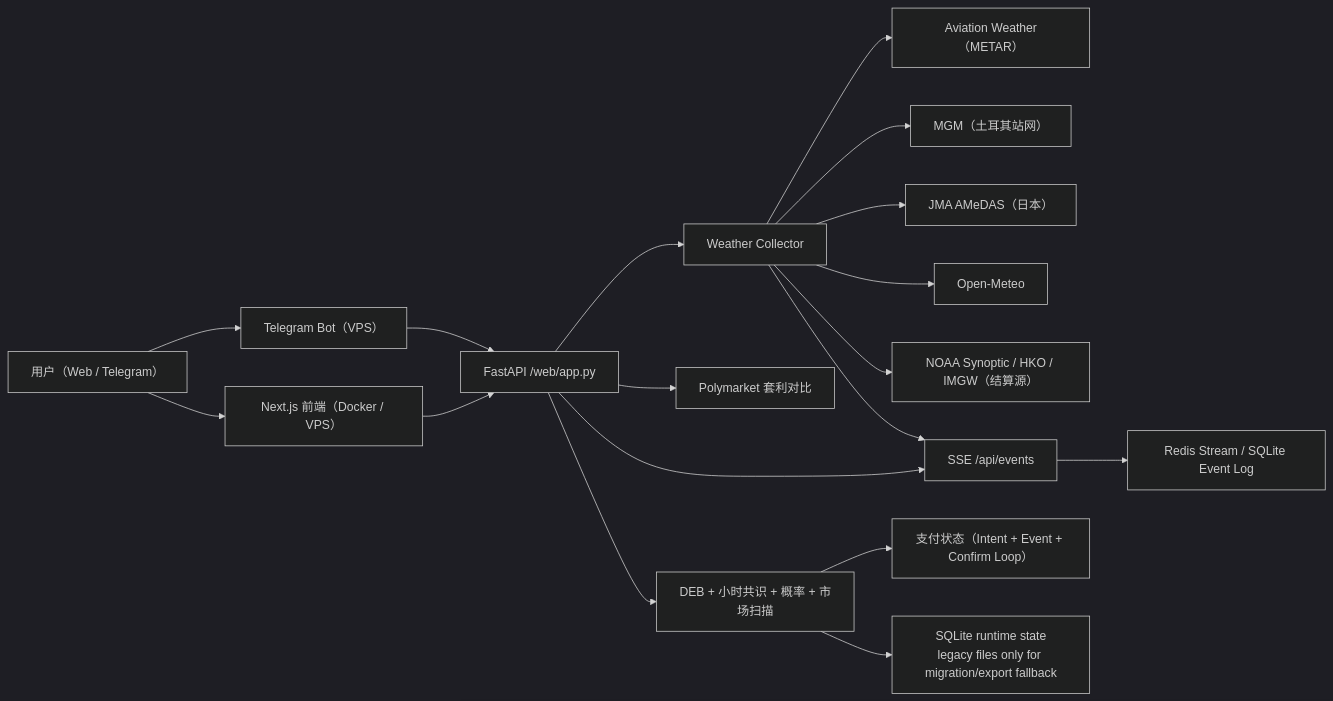
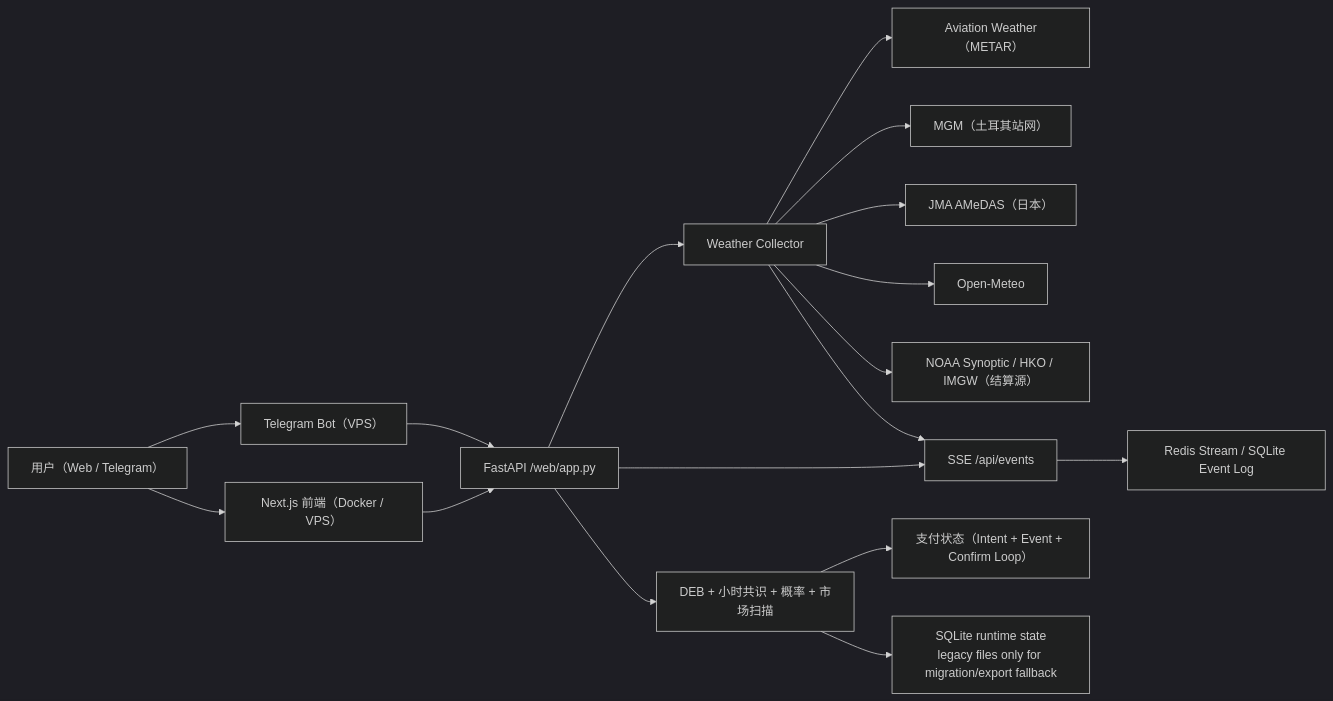
One commit to Night-Etrenal/AT-PolyWeather changed the diagram in README_ZH.md. Above: the diagram before and after it, drawn with Mermaid (dark theme). The commit also changed other lines of this file and 19 other files, not shown here.

Commit message:
移除 Polymarket 套利对比：后端路由/服务/预热、前端面板与侧边栏、配置与文档整套下线

````diff
--- a/README_ZH.md
+++ b/README_ZH.md
@@ -85,22 +84,21 @@
 ```mermaid
 flowchart LR
     U["用户（Web / Telegram）"] --> FE["Next.js 前端（Docker / VPS）"]
     U --> BOT["Telegram Bot（VPS）"]
     FE --> API["FastAPI /web/app.py"]
     BOT --> API
 
     API --> WX["Weather Collector"]
     WX --> METAR["Aviation Weather（METAR）"]
     WX --> MGM["MGM（土耳其站网）"]
     WX --> JMA["JMA AMeDAS（日本）"]
     WX --> OM["Open-Meteo"]
     WX --> SETTLE["NOAA Synoptic / HKO / IMGW（结算源）"]
 
-    API --> ARB["Polymarket 套利对比"]
     API --> ANA["DEB + 小时共识 + 概率 + 市场扫描"]
     API --> SSE["SSE /api/events"]
     WX --> SSE
     SSE --> EVENT["Redis Stream / SQLite Event Log"]
     ANA --> PAY["支付状态（Intent + Event + Confirm Loop）"]
     ANA --> STATE["SQLite runtime state<br/>legacy files only for migration/export fallback"]
 ```
````
